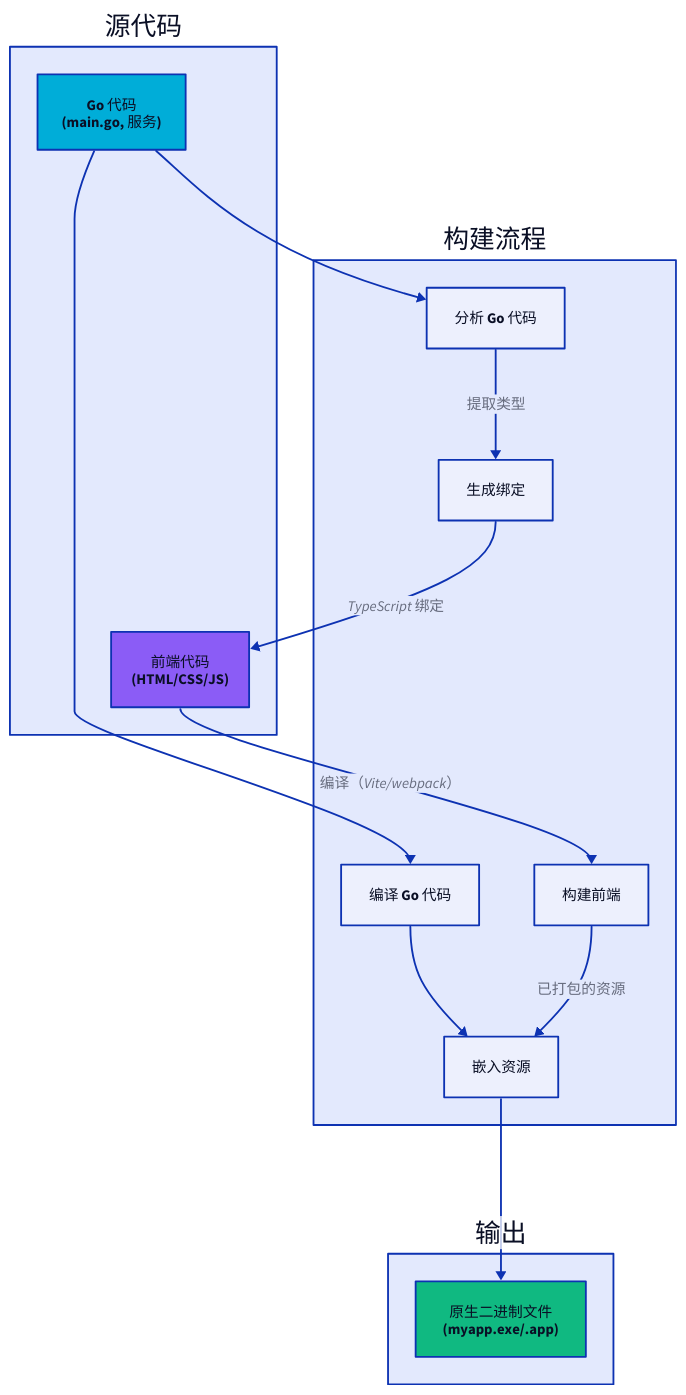
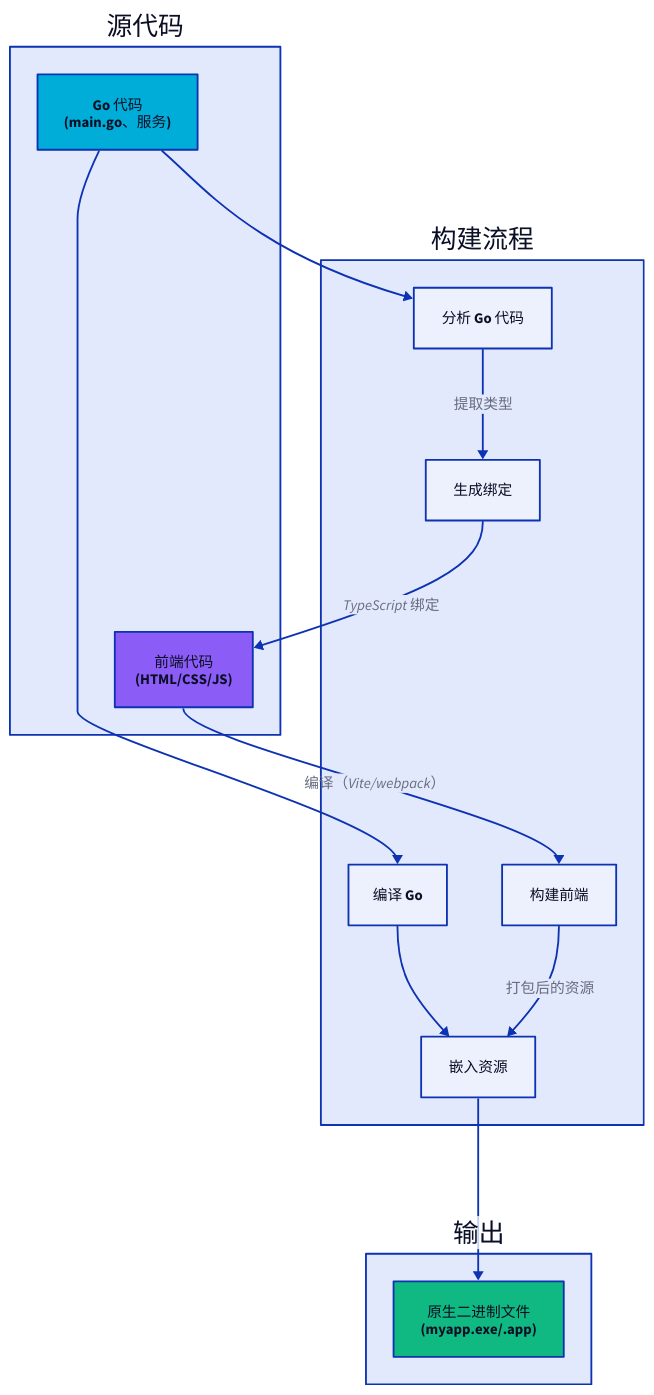
The fifth of 8 diagrams in docs/mpress/content/zh-cn/concepts/architecture.md (wailsapp/wails), drawn with D2 before and after one commit. The commit also changed other lines of this file and 1096 other files, not shown here.

````diff
--- a/docs/mpress/content/zh-cn/concepts/architecture.md
+++ b/docs/mpress/content/zh-cn/concepts/architecture.md
@@ -343,53 +343,53 @@
 ```d2
 direction: down
 
 Source: 源代码 {
-  Go: "Go 代码\n(main.go, 服务)" {
+  Go: "Go 代码\n(main.go、服务)" {
     shape: rectangle
     style.fill: "#00ADD8"
   }
 
   Frontend: "前端代码\n(HTML/CSS/JS)" {
     shape: rectangle
     style.fill: "#8B5CF6"
   }
 }
 
 Build: 构建流程 {
   AnalyseGo: 分析 Go 代码 {
     shape: rectangle
   }
 
   GenerateBindings: 生成绑定 {
     shape: rectangle
   }
 
   BuildFrontend: 构建前端 {
     shape: rectangle
   }
 
-  CompileGo: 编译 Go 代码 {
+  CompileGo: 编译 Go {
     shape: rectangle
   }
 
   Embed: 嵌入资源 {
     shape: rectangle
   }
 }
 
 Output: 输出 {
   Binary: "原生二进制文件\n(myapp.exe/.app)" {
     shape: rectangle
     style.fill: "#10B981"
   }
 }
 
 Source.Go -> Build.AnalyseGo
 Build.AnalyseGo -> Build.GenerateBindings: 提取类型
 Build.GenerateBindings -> Source.Frontend: TypeScript 绑定
 Source.Frontend -> Build.BuildFrontend: 编译（Vite/webpack）
-Build.BuildFrontend -> Build.Embed: 已打包的资源
+Build.BuildFrontend -> Build.Embed: 打包后的资源
 Source.Go -> Build.CompileGo
 Build.CompileGo -> Build.Embed
 Build.Embed -> Output.Binary
 ```
````
